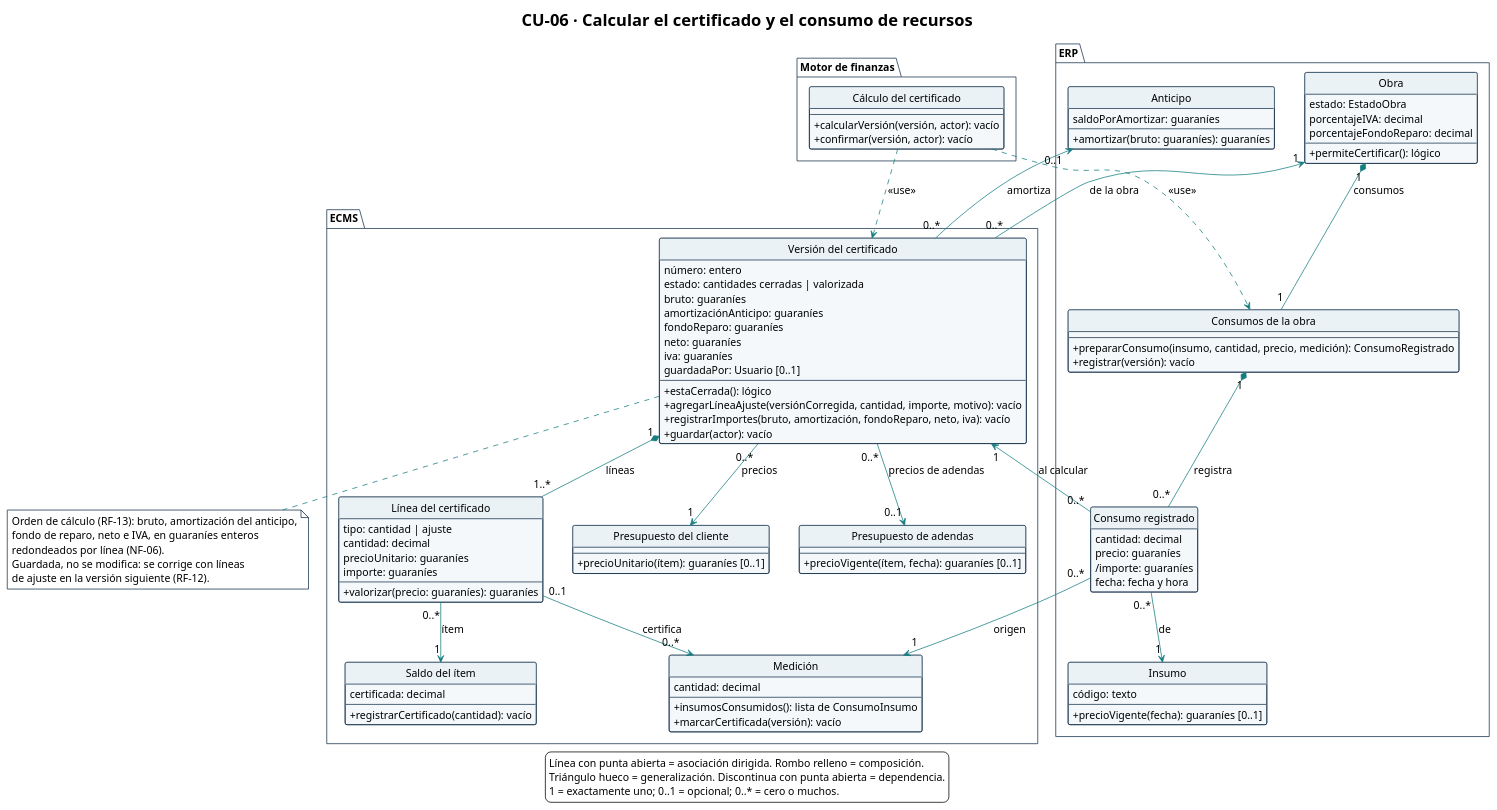
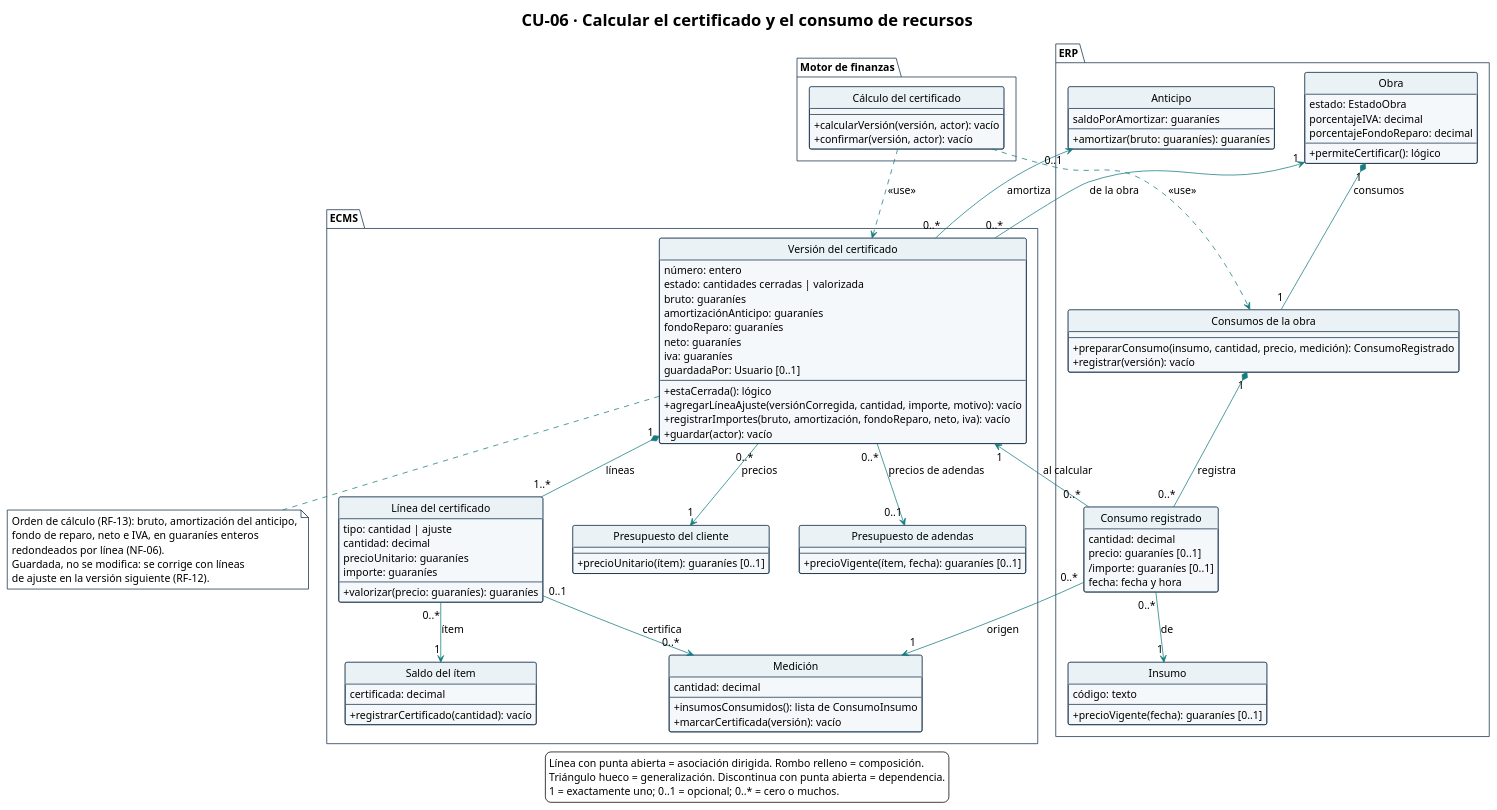
One commit to Ssrrb/tpf-uca changed the diagram in diagramas/CU-06-clases.puml. Above: the diagram before and after it, drawn with PlantUML. The commit also changed 4 other files, not shown here.

```diff
--- a/diagramas/CU-06-clases.puml
+++ b/diagramas/CU-06-clases.puml
@@ -1,149 +1,149 @@
 @startuml
 !theme plain
 skinparam style strictuml
 title CU-06 · Calcular el certificado y el consumo de recursos
 hide circle
 hide empty methods
 hide empty fields
 skinparam shadowing false
 skinparam classAttributeIconSize 0
 skinparam defaultFontName Arial
 skinparam defaultFontSize 14
 skinparam nodesep 40
 skinparam ranksep 50
 skinparam ArrowColor #167C80
 skinparam class {
   BackgroundColor #F5F8FA
   BorderColor #17324D
   HeaderBackgroundColor #EAF2F6
 }
 skinparam package {
   BackgroundColor #FFFFFF
   BorderColor #17324D
 }
 skinparam note {
   BackgroundColor #FFFFFF
   BorderColor #17324D
 }
 package "Motor de finanzas" {
   class "Cálculo del certificado" as CalculoCertificado {
     --
     + calcularVersión(versión, actor): vacío
     + confirmar(versión, actor): vacío
   }
 }
 
 package "ECMS" {
   class "Versión del certificado" as VersionCertificado {
     número: entero
     estado: cantidades cerradas | valorizada
     bruto: guaraníes
     amortizaciónAnticipo: guaraníes
     fondoReparo: guaraníes
     neto: guaraníes
     iva: guaraníes
     guardadaPor: Usuario [0..1]
     --
     + estaCerrada(): lógico
     + agregarLíneaAjuste(versiónCorregida, cantidad, importe, motivo): vacío
     + registrarImportes(bruto, amortización, fondoReparo, neto, iva): vacío
     + guardar(actor): vacío
   }
 
   class "Línea del certificado" as LineaCertificado {
     tipo: cantidad | ajuste
     cantidad: decimal
     precioUnitario: guaraníes
     importe: guaraníes
     --
     + valorizar(precio: guaraníes): guaraníes
   }
 
   class "Medición" as Medicion {
     cantidad: decimal
     --
     + insumosConsumidos(): lista de ConsumoInsumo
     + marcarCertificada(versión): vacío
   }
 
   class "Saldo del ítem" as SaldoItem {
     certificada: decimal
     --
     + registrarCertificado(cantidad): vacío
   }
 
   class "Presupuesto del cliente" as PresupuestoCliente {
     --
     + precioUnitario(ítem): guaraníes [0..1]
   }
 
   class "Presupuesto de adendas" as PresupuestoAdendas {
     --
     + precioVigente(ítem, fecha): guaraníes [0..1]
   }
 }
 
 package "ERP" {
   class Obra {
     estado: EstadoObra
     porcentajeIVA: decimal
     porcentajeFondoReparo: decimal
     --
     + permiteCertificar(): lógico
   }
 
   class Anticipo {
     saldoPorAmortizar: guaraníes
     --
     + amortizar(bruto: guaraníes): guaraníes
   }
 
   class Insumo {
     código: texto
     --
     + precioVigente(fecha): guaraníes [0..1]
   }
 
   class "Consumos de la obra" as ConsumosObra {
     --
     + prepararConsumo(insumo, cantidad, precio, medición): ConsumoRegistrado
     + registrar(versión): vacío
   }
 
   class "Consumo registrado" as ConsumoRegistrado {
     cantidad: decimal
-    precio: guaraníes
-    /importe: guaraníes
+    precio: guaraníes [0..1]
+    /importe: guaraníes [0..1]
     fecha: fecha y hora
   }
 }
 
 CalculoCertificado ..> VersionCertificado : <<use>>
 CalculoCertificado ..> ConsumosObra : <<use>>
 VersionCertificado "1" *-- "1..*" LineaCertificado : líneas
 LineaCertificado "0..1" --> "0..*" Medicion : certifica
 LineaCertificado "0..*" --> "1" SaldoItem : ítem
 VersionCertificado "0..*" --> "1" PresupuestoCliente : precios
 VersionCertificado "0..*" --> "0..1" PresupuestoAdendas : precios de adendas
 VersionCertificado "0..*" --> "0..1" Anticipo : amortiza
 VersionCertificado "0..*" --> "1" Obra : de la obra
 Obra "1" *-- "1" ConsumosObra : consumos
 ConsumosObra "1" *-- "0..*" ConsumoRegistrado : registra
 ConsumoRegistrado "0..*" --> "1" Insumo : de
 ConsumoRegistrado "0..*" --> "1" Medicion : origen
 ConsumoRegistrado "0..*" --> "1" VersionCertificado : al calcular
 
 note bottom of VersionCertificado
   Orden de cálculo (RF-13): bruto, amortización del anticipo,
   fondo de reparo, neto e IVA, en guaraníes enteros
   redondeados por línea (NF-06).
   Guardada, no se modifica: se corrige con líneas
   de ajuste en la versión siguiente (RF-12).
 end note
 
 legend bottom
   Línea con punta abierta = asociación dirigida. Rombo relleno = composición.
   Triángulo hueco = generalización. Discontinua con punta abierta = dependencia.
   1 = exactamente uno; 0..1 = opcional; 0..* = cero o muchos.
 endlegend
 @enduml
```
